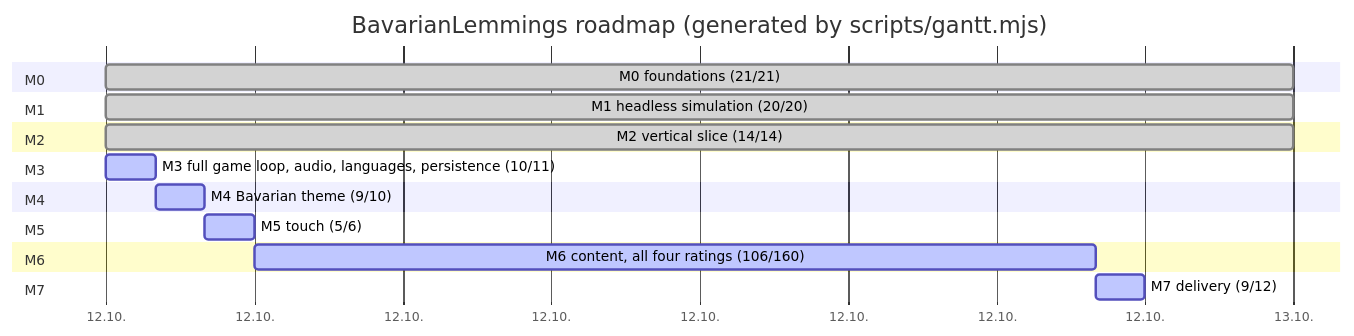
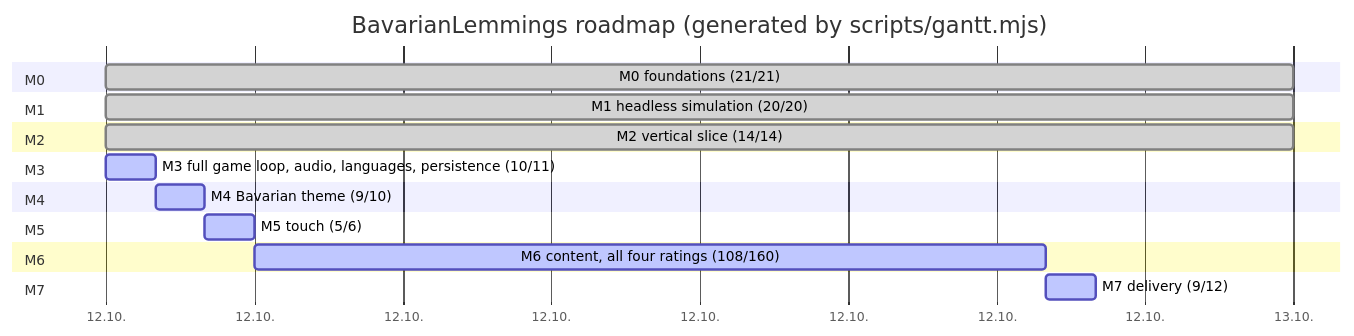
The diagram in plan.md (marcelpetrick/BavarianLemmings), drawn with Mermaid before and after one commit. The commit also changed other lines of this file and 8 other files, not shown here.

````diff
--- a/plan.md
+++ b/plan.md
@@ -43,22 +43,22 @@
 ```mermaid
 gantt
     title BavarianLemmings roadmap (generated by scripts/gantt.mjs)
     dateFormat  YYYY-MM-DD
     axisFormat  %d.%m.
     section M0
     M0 foundations (21/21) :done, m0, 2026-10-12, 1d
     section M1
     M1 headless simulation (20/20) :done, m1, 2026-10-12, 1d
     section M2
     M2 vertical slice (14/14) :done, m2, 2026-10-12, 1d
     section M3
     M3 full game loop, audio, languages, persistence (10/11) :active, m3, 2026-10-12, 1h
     section M4
     M4 Bavarian theme (9/10) :active, m4, after m3, 1h
     section M5
     M5 touch (5/6) :active, m5, after m4, 1h
     section M6
-    M6 content, all four ratings (106/160) :active, m6, after m5, 17h
+    M6 content, all four ratings (108/160) :active, m6, after m5, 16h
     section M7
     M7 delivery (9/12) :active, m7, after m6, 1h
 ```
````
